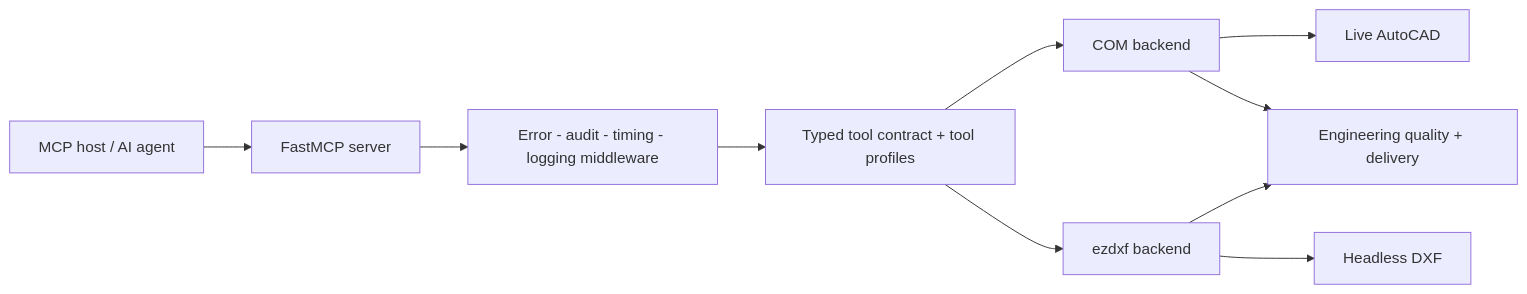
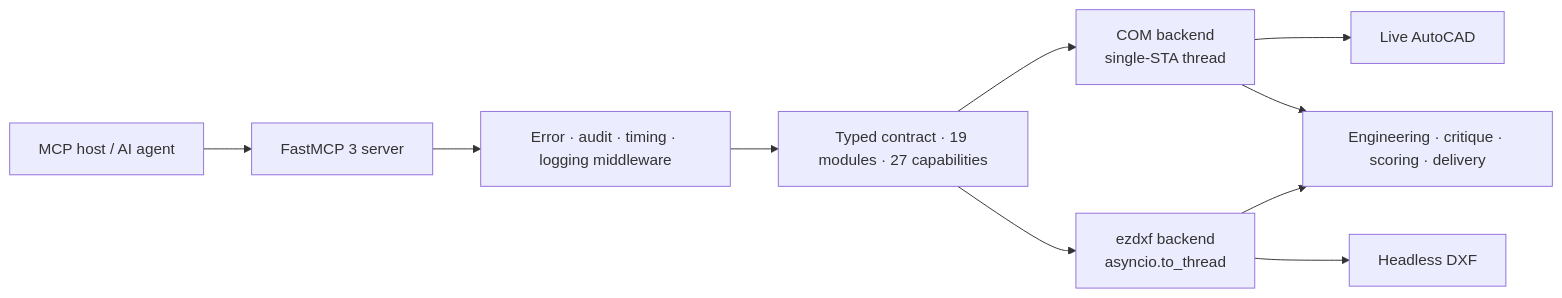
The diagram in README.md (U-C4N/Autocad-MCP), drawn with Mermaid before and after one commit. The commit also changed other lines of this file and 13 other files, not shown here.

````diff
--- a/README.md
+++ b/README.md
@@ -269,12 +287,12 @@
 ```mermaid
 flowchart LR
-  A[MCP host / AI agent] --> B[FastMCP server]
-  B --> C[Error - audit - timing - logging middleware]
-  C --> D[Typed tool contract + tool profiles]
-  D --> E[COM backend]
-  D --> F[ezdxf backend]
+  A[MCP host / AI agent] --> B[FastMCP 3 server]
+  B --> C[Error · audit · timing · logging middleware]
+  C --> D[Typed contract · 19 modules · 27 capabilities]
+  D --> E[COM backend<br/>single-STA thread]
+  D --> F[ezdxf backend<br/>asyncio.to_thread]
   E --> G[Live AutoCAD]
   F --> H[Headless DXF]
-  E --> I[Engineering quality + delivery]
+  E --> I[Engineering · critique · scoring · delivery]
   F --> I
 ```
````
